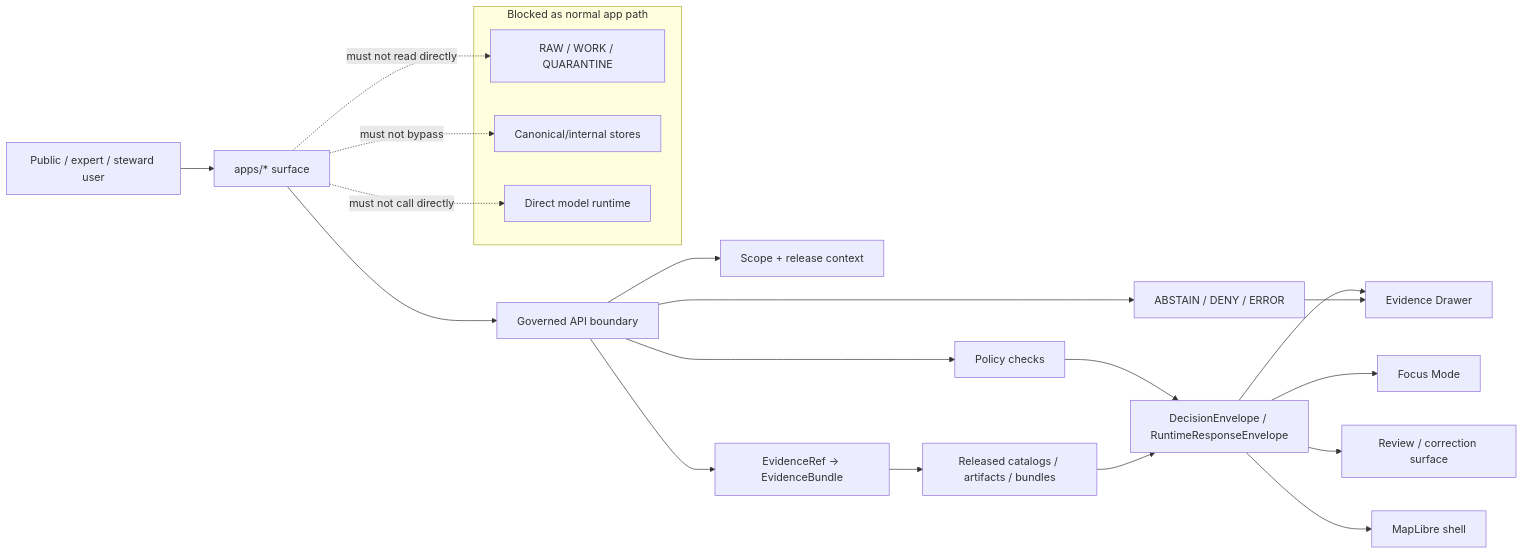
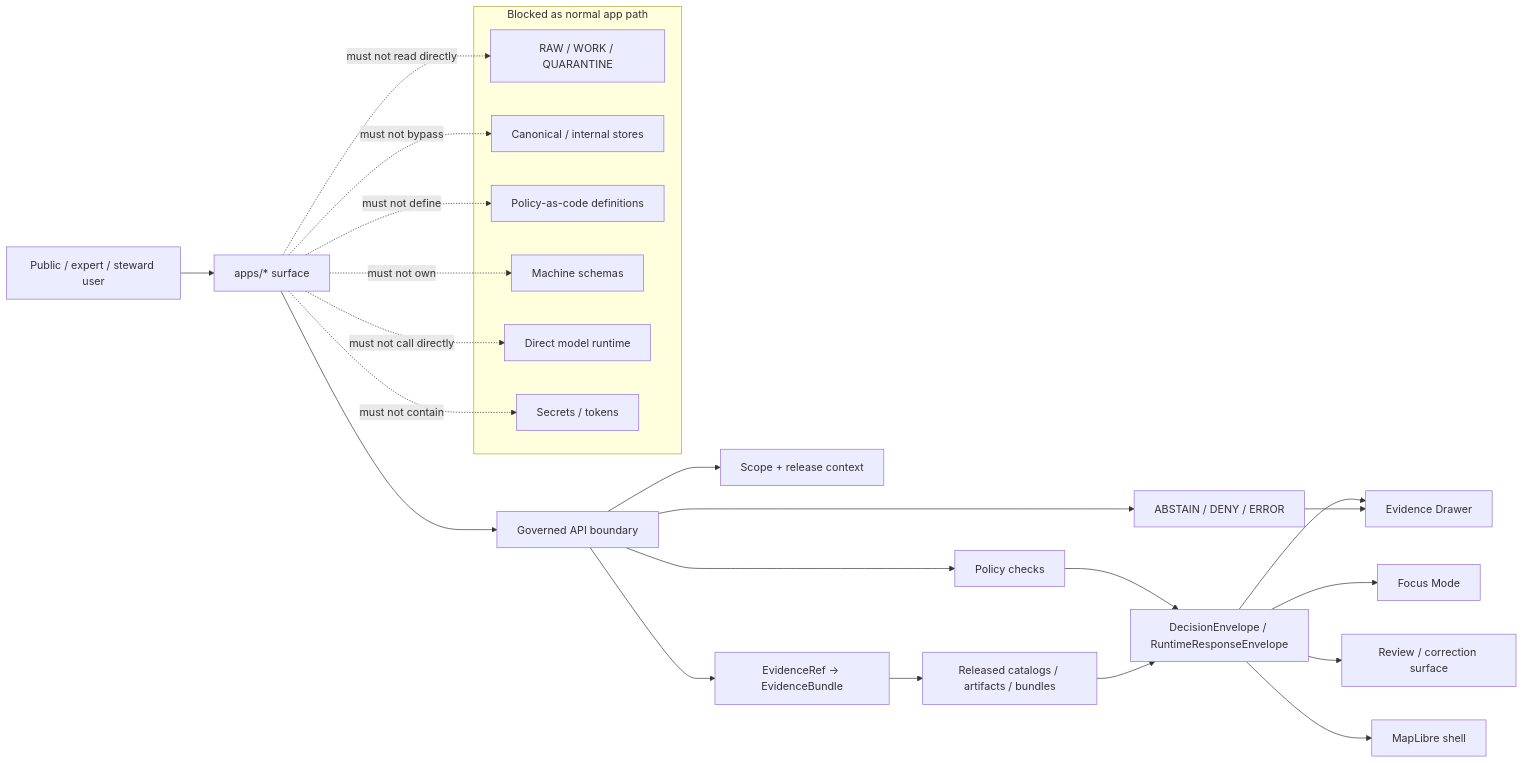
Before and after one commit to bartytime4life/Kansas-Frontier-Matrix: the first of 2 diagrams in apps/README.md, drawn with Mermaid. The commit also changed other lines of this file, not shown here.

````diff
--- a/apps/README.md
+++ b/apps/README.md
@@ -204,31 +228,37 @@
 ```mermaid
 flowchart LR
   User["Public / expert / steward user"] --> App["apps/* surface"]
   App --> GAPI["Governed API boundary"]
 
   GAPI --> Scope["Scope + release context"]
   GAPI --> Policy["Policy checks"]
   GAPI --> Resolver["EvidenceRef -> EvidenceBundle"]
   Resolver --> Released["Released catalogs / artifacts / bundles"]
 
   Policy --> Envelope["DecisionEnvelope / RuntimeResponseEnvelope"]
   Released --> Envelope
 
   Envelope --> Drawer["Evidence Drawer"]
   Envelope --> Focus["Focus Mode"]
   Envelope --> Review["Review / correction surface"]
   Envelope --> Map["MapLibre shell"]
 
-  Negative["ABSTAIN / DENY / ERROR"] --> Drawer
-  GAPI --> Negative
+  GAPI --> Negative["ABSTAIN / DENY / ERROR"]
+  Negative --> Drawer
 
   subgraph Blocked["Blocked as normal app path"]
     Raw["RAW / WORK / QUARANTINE"]
-    Canon["Canonical/internal stores"]
+    Canon["Canonical / internal stores"]
+    PolicyFiles["Policy-as-code definitions"]
+    Schemas["Machine schemas"]
     Model["Direct model runtime"]
+    Secrets["Secrets / tokens"]
   end
 
   App -. "must not read directly" .-> Raw
   App -. "must not bypass" .-> Canon
+  App -. "must not define" .-> PolicyFiles
+  App -. "must not own" .-> Schemas
   App -. "must not call directly" .-> Model
+  App -. "must not contain" .-> Secrets
 ```
````
